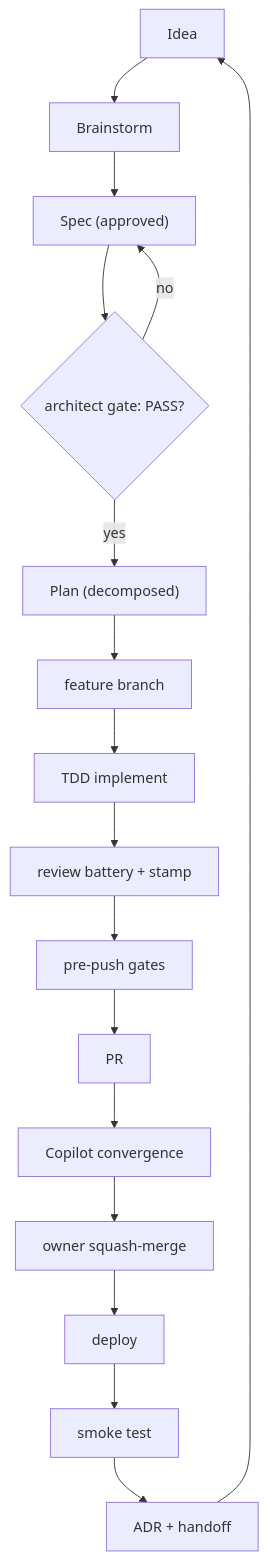
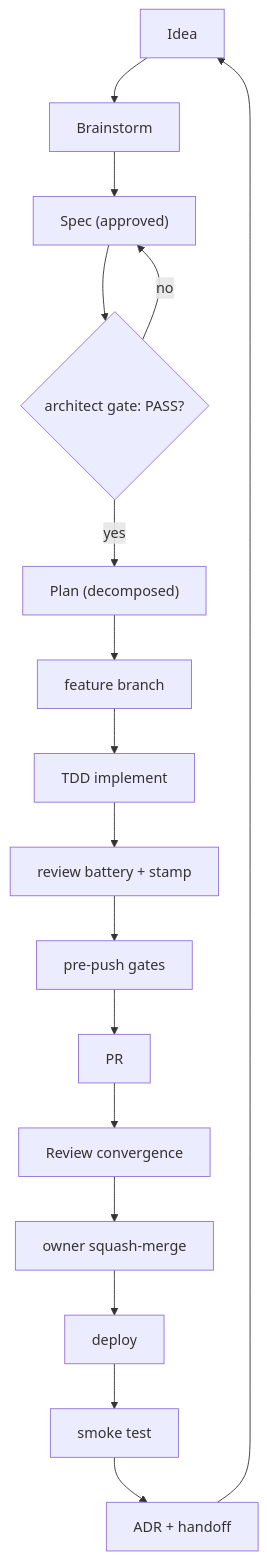
One commit to erikunha/portfolio changed the first of 10 diagrams in docs/handbook/diagrams.md. Above: the diagram before and after it, drawn with Mermaid. The commit also changed 13 other files, not shown here.

First line of the commit message:
ci(review): make /claude-review post real inline comments; rename convergence skill (#141)

````diff
--- a/docs/handbook/diagrams.md
+++ b/docs/handbook/diagrams.md
@@ -7,14 +7,14 @@
 ```mermaid
 flowchart TD
     idea["Idea"] --> brainstorm["Brainstorm"]
     brainstorm --> spec["Spec (approved)"]
     spec --> agate{"architect gate: PASS?"}
     agate -->|no| spec
     agate -->|yes| plan["Plan (decomposed)"]
     plan --> branch["feature branch"] --> tdd["TDD implement"]
     tdd --> battery["review battery + stamp"]
     battery --> push["pre-push gates"] --> pr["PR"]
-    pr --> conv["Copilot convergence"] --> merge["owner squash-merge"]
+    pr --> conv["Review convergence"] --> merge["owner squash-merge"]
     merge --> deploy["deploy"] --> smoke["smoke test"] --> adr["ADR + handoff"]
     adr --> idea
 ```
````
